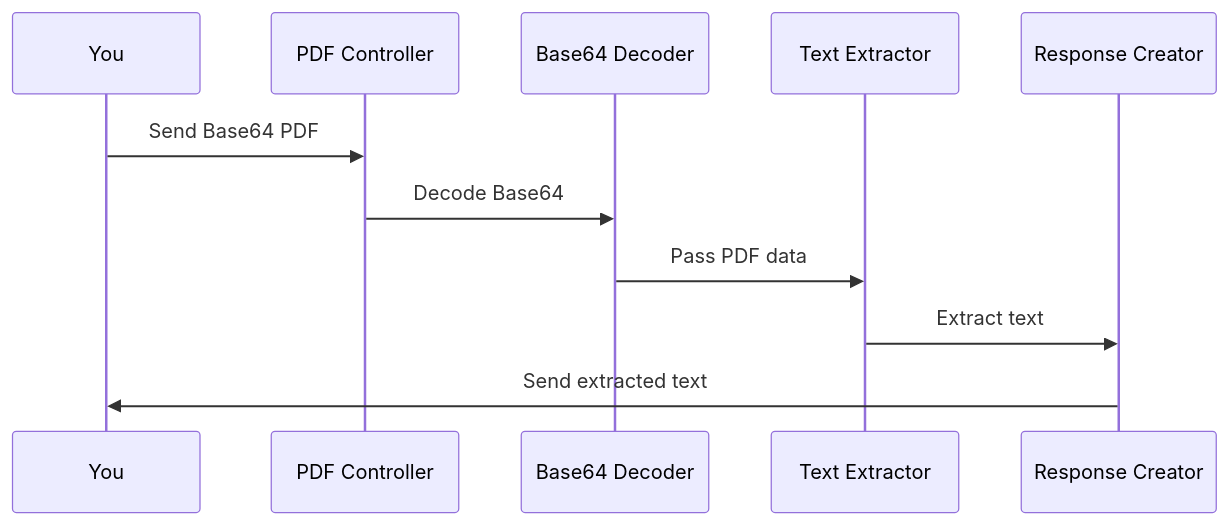
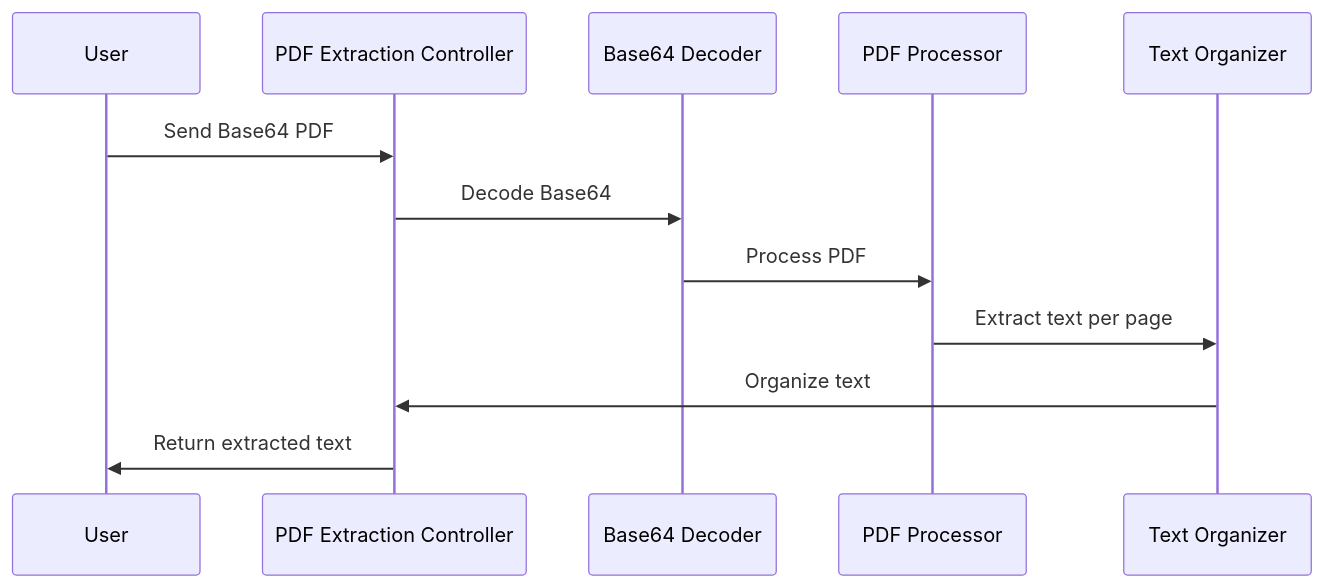
Before and after one commit to dygavieta/NewRepo: the fourth of 7 diagrams in README.md, drawn with Mermaid. The commit also changed other lines of this file, not shown here.

````diff
--- a/README.md
+++ b/README.md
@@ -261,14 +273,15 @@
 ```mermaid
 sequenceDiagram
-    participant User as You
-    participant Controller as PDF Controller
+    participant User
+    participant Controller as PDF Extraction Controller
     participant Decoder as Base64 Decoder
-    participant Extractor as Text Extractor
-    participant Response as Response Creator
+    participant PDFBox as PDF Processor
+    participant Response as Text Organizer
 
     User->>Controller: Send Base64 PDF
     Controller->>Decoder: Decode Base64
-    Decoder->>Extractor: Pass PDF data
-    Extractor->>Response: Extract text
-    Response->>User: Send extracted text
+    Decoder->>PDFBox: Process PDF
+    PDFBox->>Response: Extract text per page
+    Response->>Controller: Organize text
+    Controller->>User: Return extracted text
 ```
````
